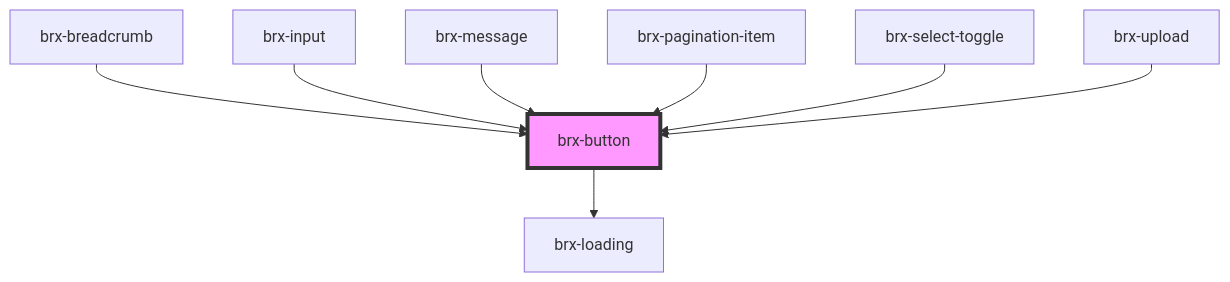
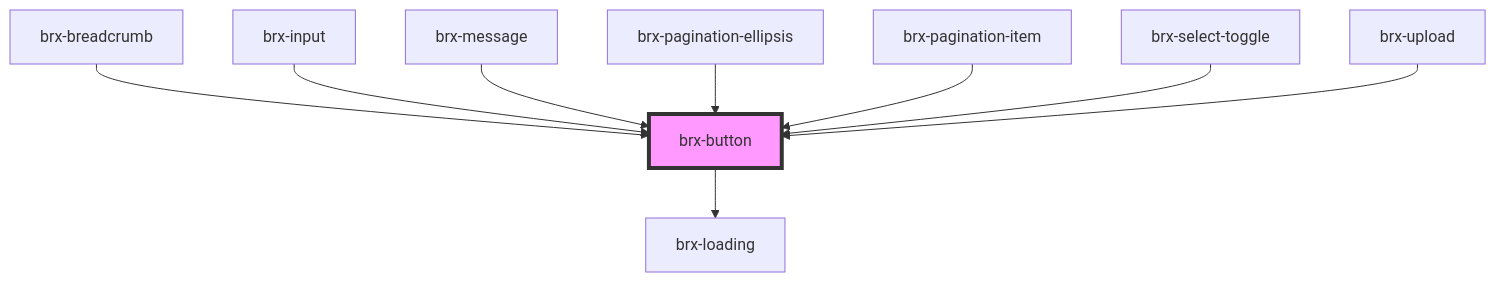
The diagram in packages/core/src/components/brx-button/readme.md (copperui/copperui), drawn with Mermaid before and after one commit. The commit also changed other lines of this file and 37 other files, not shown here.

Commit message:
feat(core): brx-pagination contextual (#50)

````diff
--- a/packages/core/src/components/brx-button/readme.md
+++ b/packages/core/src/components/brx-button/readme.md
@@ -55,11 +56,12 @@
 ```mermaid
 graph TD;
   brx-button --> brx-loading
   brx-breadcrumb --> brx-button
   brx-input --> brx-button
   brx-message --> brx-button
+  brx-pagination-ellipsis --> brx-button
   brx-pagination-item --> brx-button
   brx-select-toggle --> brx-button
   brx-upload --> brx-button
   style brx-button fill:#f9f,stroke:#333,stroke-width:4px
 ```
````
